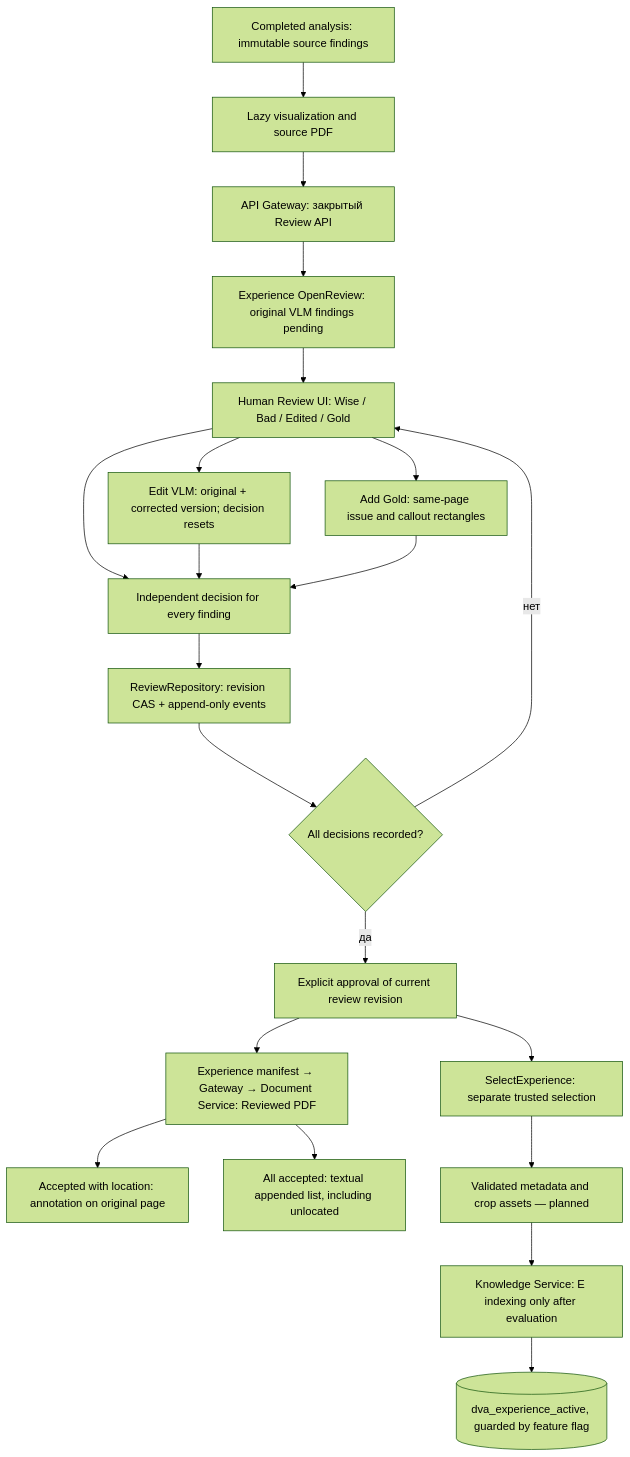
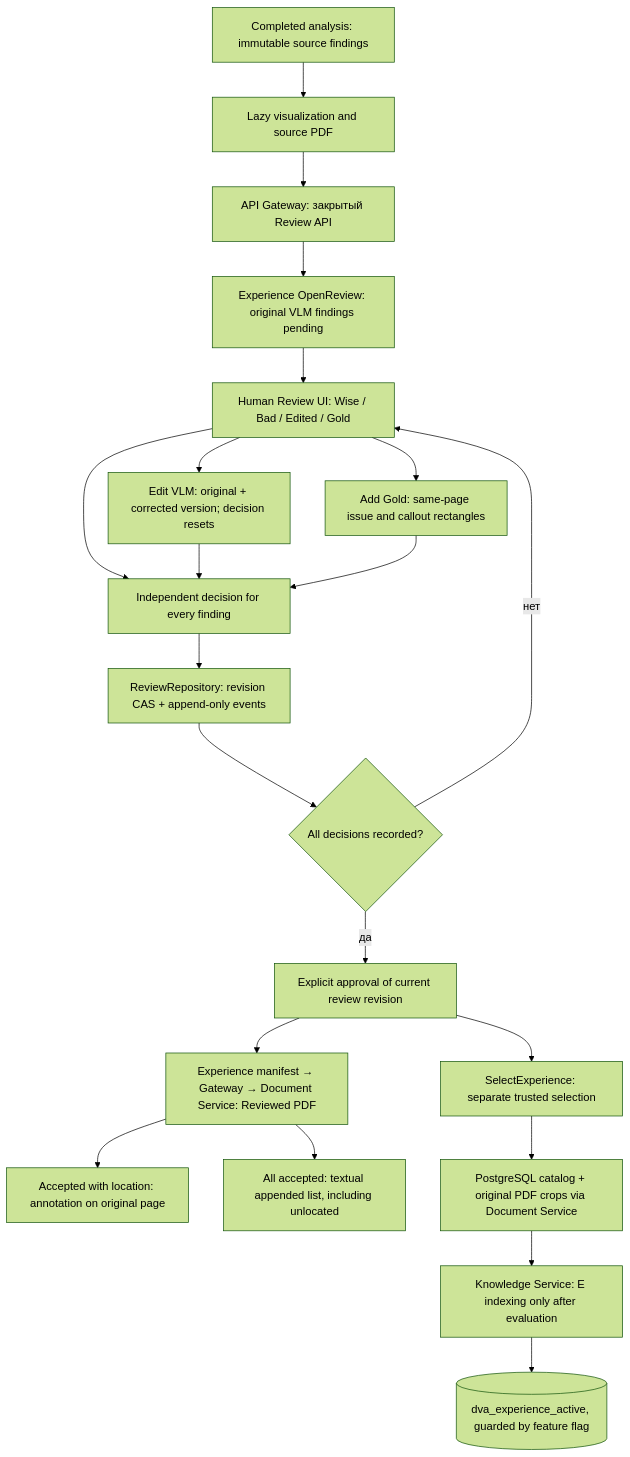
Before and after one commit to Amadu-A/PDRD-validation: diagram 11 of 15 in README.md, drawn with Mermaid (forest theme). The commit also changed other lines of this file and 74 other files, not shown here.

````diff
--- a/README.md
+++ b/README.md
@@ -584,23 +586,23 @@
 ```mermaid
 flowchart TD
     A["Completed analysis: immutable source findings"] --> V["Lazy visualization and source PDF"]
     V --> GW["API Gateway: закрытый Review API"]
     GW --> OPEN["Experience OpenReview: original VLM findings pending"]
     OPEN --> UI["Human Review UI: Wise / Bad / Edited / Gold"]
     UI --> EDIT["Edit VLM: original + corrected version; decision resets"]
     UI --> MANUAL["Add Gold: same-page issue and callout rectangles"]
     UI --> DECIDE["Independent decision for every finding"]
     EDIT --> DECIDE
     MANUAL --> DECIDE
     DECIDE --> CAS["ReviewRepository: revision CAS + append-only events"]
     CAS --> ALL{"All decisions recorded?"}
     ALL -->|нет| UI
     ALL -->|да| APPROVE["Explicit approval of current review revision"]
     APPROVE --> PDF["Experience manifest → Gateway → Document Service: Reviewed PDF"]
     PDF --> PAGE["Accepted with location: annotation on original page"]
     PDF --> TEXT["All accepted: textual appended list, including unlocated"]
     APPROVE --> PICK["SelectExperience: separate trusted selection"]
-    PICK --> STORE["Validated metadata and crop assets — planned"]
+    PICK --> STORE["PostgreSQL catalog + original PDF crops via Document Service"]
     STORE --> INDEX["Knowledge Service: E indexing only after evaluation"]
     INDEX --> QD[("dva_experience_active, guarded by feature flag")]
 ```
````
